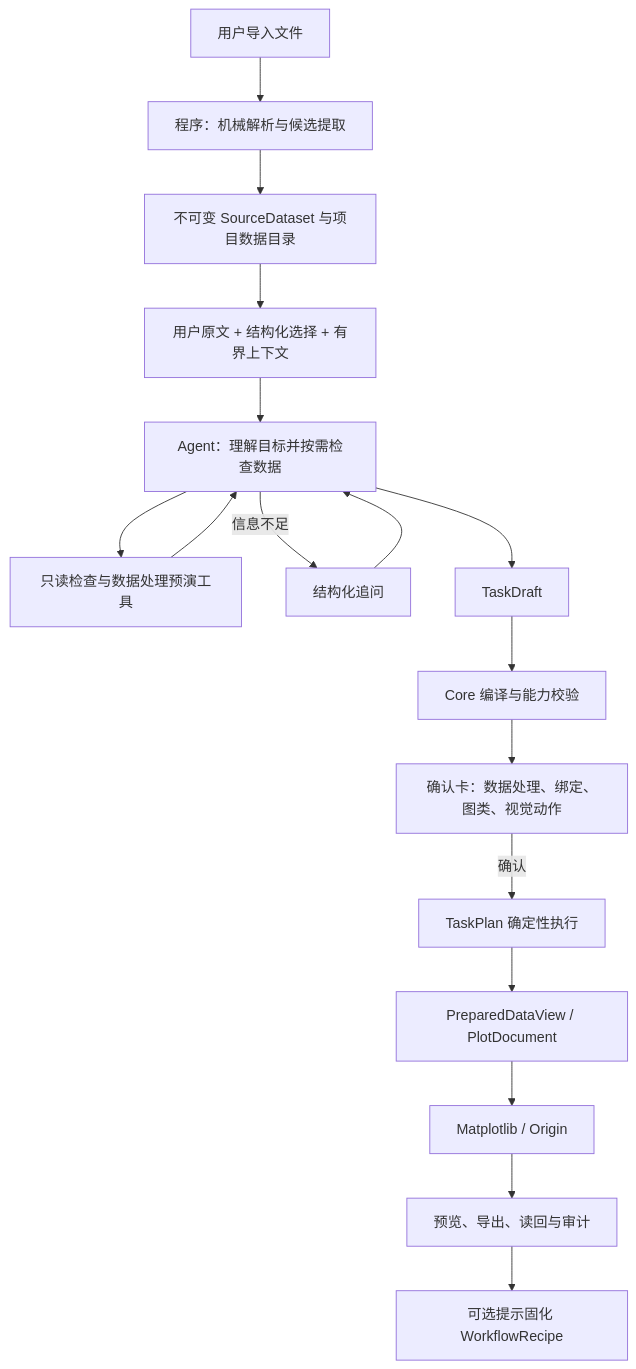
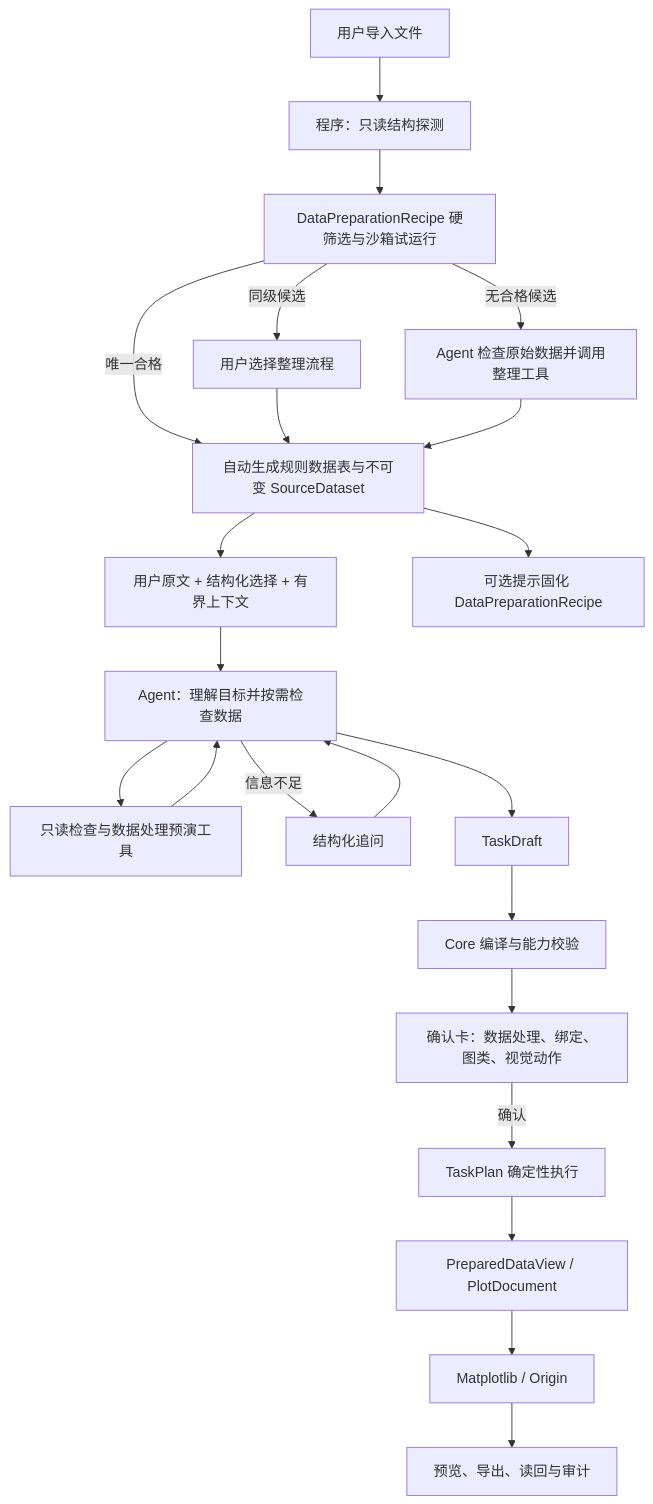
Before and after one commit to jike370/PlotAgent: the diagram in docs/AGENT-ORCHESTRATION-ARCHITECTURE.md, drawn with Mermaid. The commit also changed other lines of this file and 9 other files, not shown here.

Commit message:
docs(architecture): define data preparation recipe boundary

````diff
--- a/docs/AGENT-ORCHESTRATION-ARCHITECTURE.md
+++ b/docs/AGENT-ORCHESTRATION-ARCHITECTURE.md
@@ -41,19 +41,24 @@
 ```mermaid
 flowchart TD
-    A["用户导入文件"] --> B["程序：机械解析与候选提取"]
-    B --> C["不可变 SourceDataset 与项目数据目录"]
+    A["用户导入文件"] --> B["程序：只读结构探测"]
+    B --> R["DataPreparationRecipe 硬筛选与沙箱试运行"]
+    R -->|"唯一合格"| C["自动生成规则数据表与不可变 SourceDataset"]
+    R -->|"同级候选"| RS["用户选择整理流程"]
+    RS --> C
+    R -->|"无合格候选"| RA["Agent 检查原始数据并调用整理工具"]
+    RA --> C
     C --> D["用户原文 + 结构化选择 + 有界上下文"]
     D --> E["Agent：理解目标并按需检查数据"]
     E --> F["只读检查与数据处理预演工具"]
     F --> E
     E -->|"信息不足"| Q["结构化追问"]
     Q --> E
     E --> G["TaskDraft"]
     G --> H["Core 编译与能力校验"]
     H --> I["确认卡：数据处理、绑定、图类、视觉动作"]
     I -->|"确认"| J["TaskPlan 确定性执行"]
     J --> K["PreparedDataView / PlotDocument"]
     K --> L["Matplotlib / Origin"]
     L --> M["预览、导出、读回与审计"]
-    M --> N["可选提示固化 WorkflowRecipe"]
+    C --> N["可选提示固化 DataPreparationRecipe"]
 ```
````
